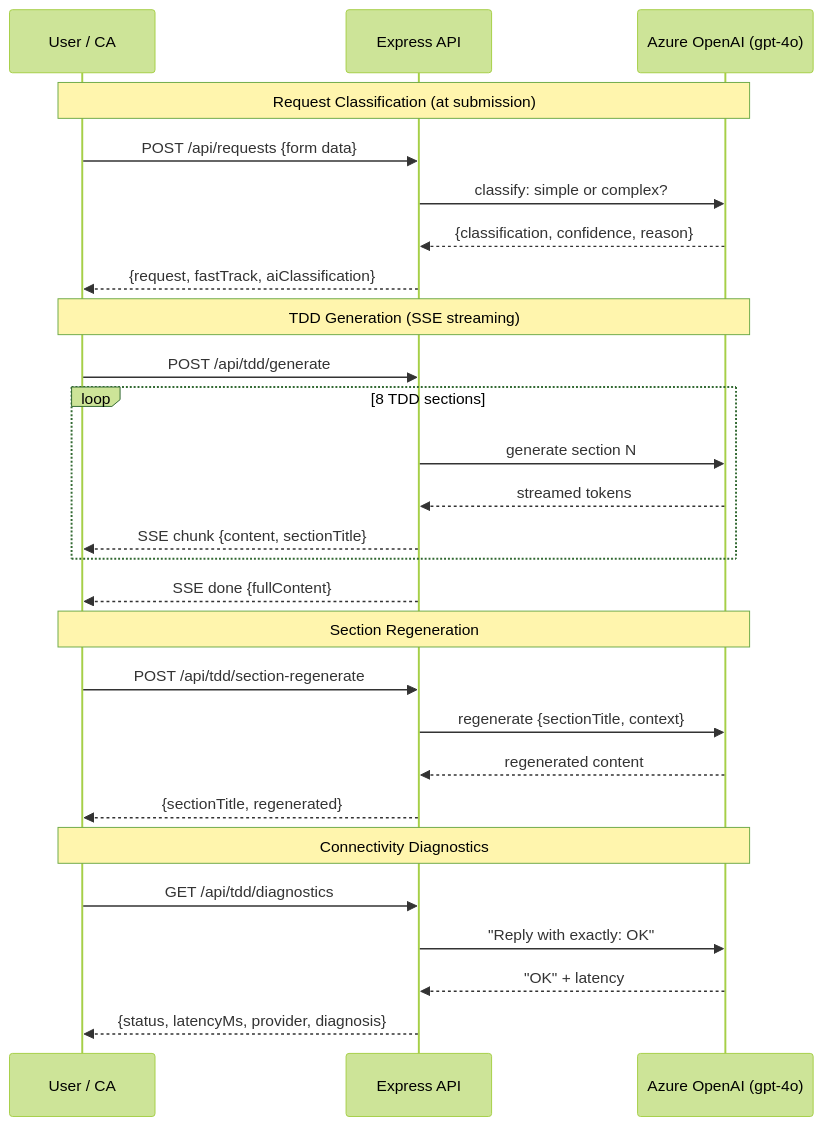
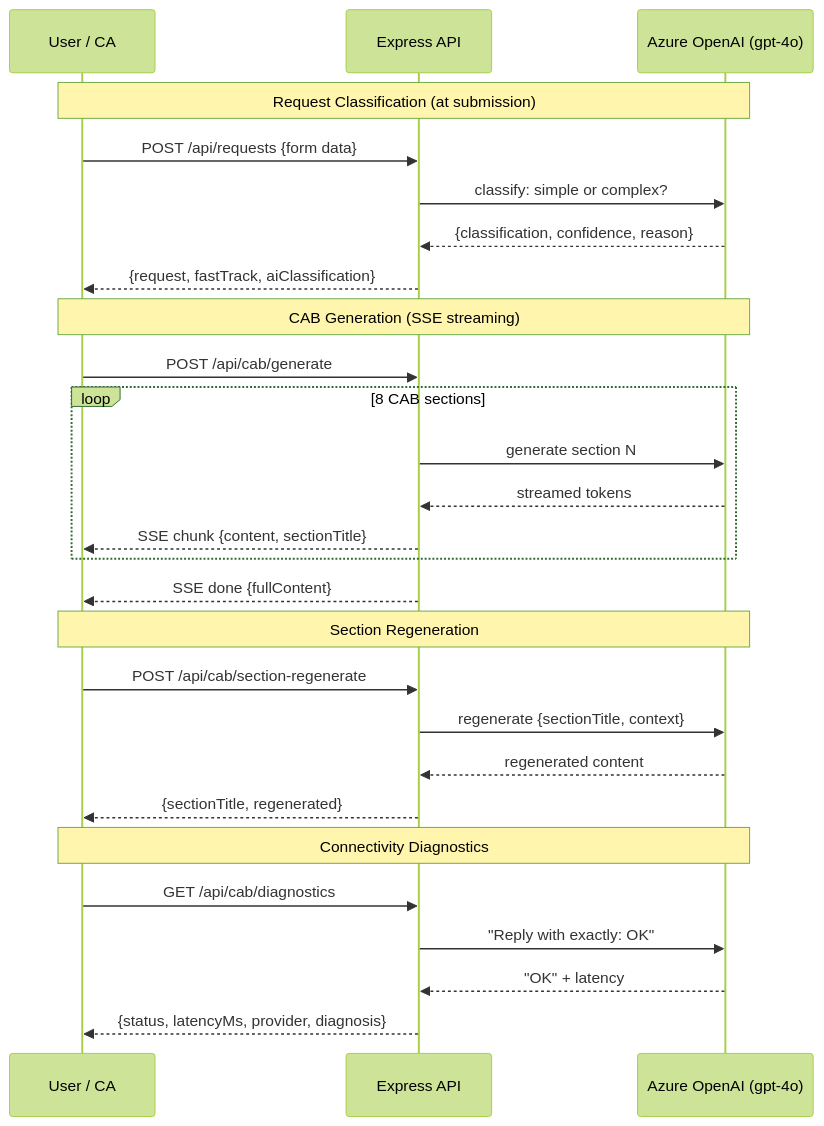
The tenth of 13 diagrams in ARCHITECTURE.md (ritesh121995/unifiedportal_tdd), drawn with Mermaid (forest theme) before and after one commit. The commit also changed other lines of this file and 64 other files, not shown here.

First line of the commit message:
rebrand: rename TDD to Cloud Architecture Blueprint (CAB)

````diff
--- a/ARCHITECTURE.md
+++ b/ARCHITECTURE.md
@@ -335,33 +335,33 @@
 ```mermaid
 sequenceDiagram
     participant U as User / CA
     participant API as Express API
     participant AOAI as Azure OpenAI (gpt-4o)
 
     Note over U,AOAI: Request Classification (at submission)
     U->>API: POST /api/requests {form data}
     API->>AOAI: classify: simple or complex?
     AOAI-->>API: {classification, confidence, reason}
     API-->>U: {request, fastTrack, aiClassification}
 
-    Note over U,AOAI: TDD Generation (SSE streaming)
-    U->>API: POST /api/tdd/generate
-    loop 8 TDD sections
+    Note over U,AOAI: CAB Generation (SSE streaming)
+    U->>API: POST /api/cab/generate
+    loop 8 CAB sections
         API->>AOAI: generate section N
         AOAI-->>API: streamed tokens
         API-->>U: SSE chunk {content, sectionTitle}
     end
     API-->>U: SSE done {fullContent}
 
     Note over U,AOAI: Section Regeneration
-    U->>API: POST /api/tdd/section-regenerate
+    U->>API: POST /api/cab/section-regenerate
     API->>AOAI: regenerate {sectionTitle, context}
     AOAI-->>API: regenerated content
     API-->>U: {sectionTitle, regenerated}
 
     Note over U,AOAI: Connectivity Diagnostics
-    U->>API: GET /api/tdd/diagnostics
+    U->>API: GET /api/cab/diagnostics
     API->>AOAI: "Reply with exactly: OK"
     AOAI-->>API: "OK" + latency
     API-->>U: {status, latencyMs, provider, diagnosis}
 ```
````
